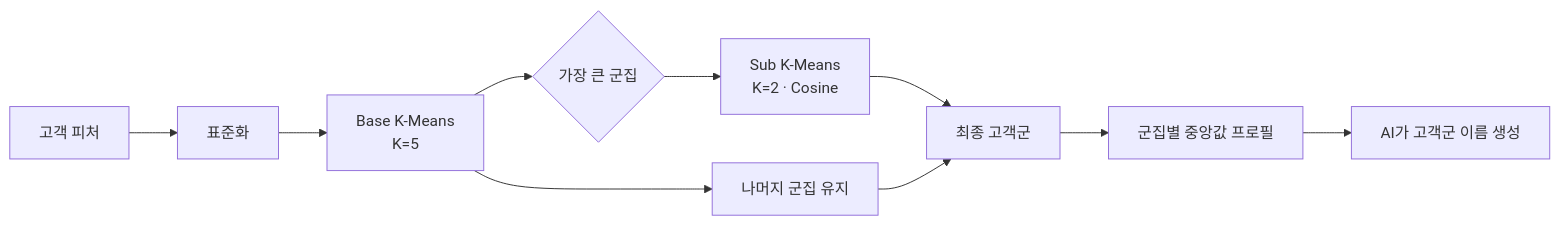
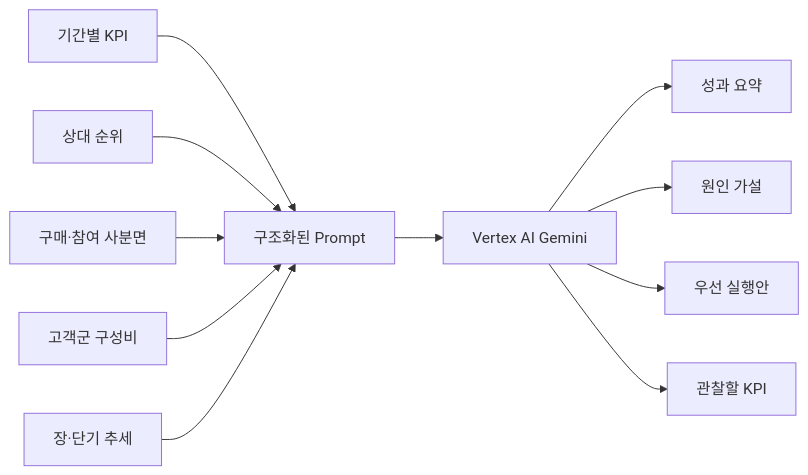
Before and after one commit to qkrwlfjddl/Marketing-KPI-AI-Insight: the diagram in docs/ai-insights.md, drawn with Mermaid. The commit also changed other lines of this file, not shown here.

````diff
--- a/docs/ai-insights.md
+++ b/docs/ai-insights.md
@@ -43,12 +11,13 @@
 ```mermaid
 flowchart LR
-    A["고객 피처"] --> B["표준화"]
-    B --> C["Base K-Means<br/>K=5"]
-    C --> D{"가장 큰 군집"}
-    D --> E["Sub K-Means<br/>K=2 · Cosine"]
-    C --> F["나머지 군집 유지"]
-    E --> G["최종 고객군"]
-    F --> G
-    G --> H["군집별 중앙값 프로필"]
-    H --> I["AI가 고객군 이름 생성"]
+    A["기간별 KPI"] --> F["구조화된 Prompt"]
+    B["상대 순위"] --> F
+    C["구매·참여 사분면"] --> F
+    D["고객군 구성비"] --> F
+    E["장·단기 추세"] --> F
+    F --> G["Vertex AI Gemini"]
+    G --> H["성과 요약"]
+    G --> I["원인 가설"]
+    G --> J["우선 실행안"]
+    G --> K["관찰할 KPI"]
 ```
````
